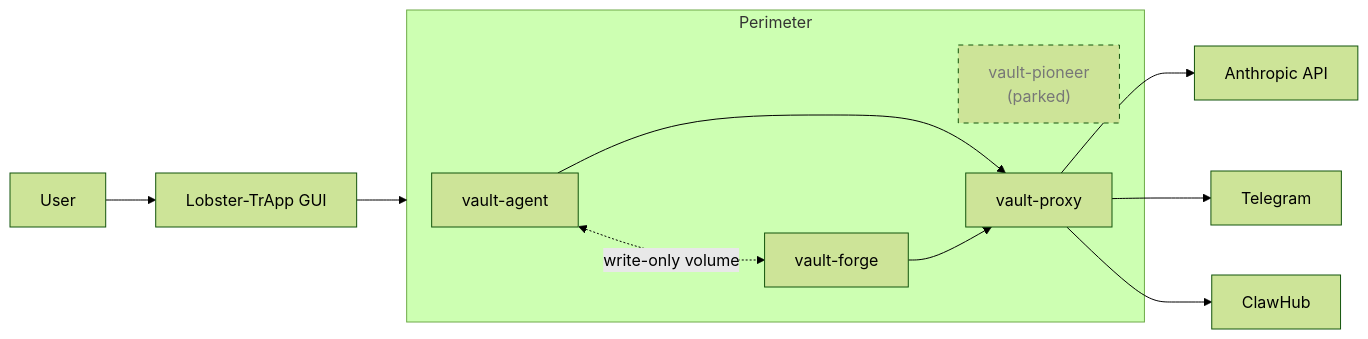
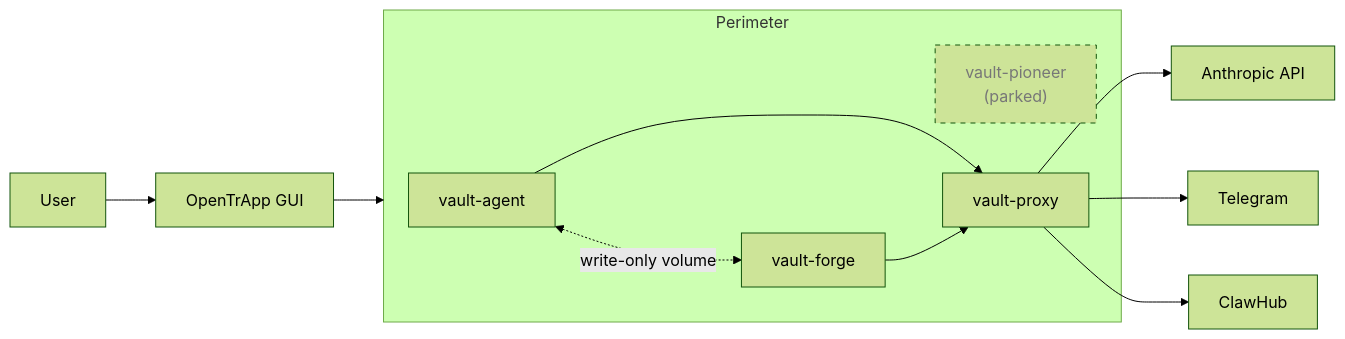
Before and after one commit to albertdobmeyer/opentrapp: the diagram in README.md, drawn with Mermaid (forest theme). The commit also changed other lines of this file and 146 other files, not shown here.

````diff
--- a/README.md
+++ b/README.md
@@ -82,22 +82,22 @@
 ```mermaid
 flowchart LR
-    USER[User] --> GUI["Lobster-TrApp GUI"]
+    USER[User] --> GUI["OpenTrApp GUI"]
     GUI --> PERIMETER
 
     subgraph PERIMETER["Perimeter"]
         AGENT[vault-agent]
         FORGE[vault-forge]
         PIONEER["vault-pioneer<br/>(parked)"]
         PROXY[vault-proxy]
     end
 
     AGENT --> PROXY
     FORGE --> PROXY
     AGENT <-.->|"write-only volume"| FORGE
     PROXY --> ANTHROPIC[Anthropic API]
     PROXY --> TELEGRAM[Telegram]
     PROXY --> CLAWHUB[ClawHub]
 
     classDef parked stroke-dasharray: 5 5,color:#777
     class PIONEER parked
 ```
````
